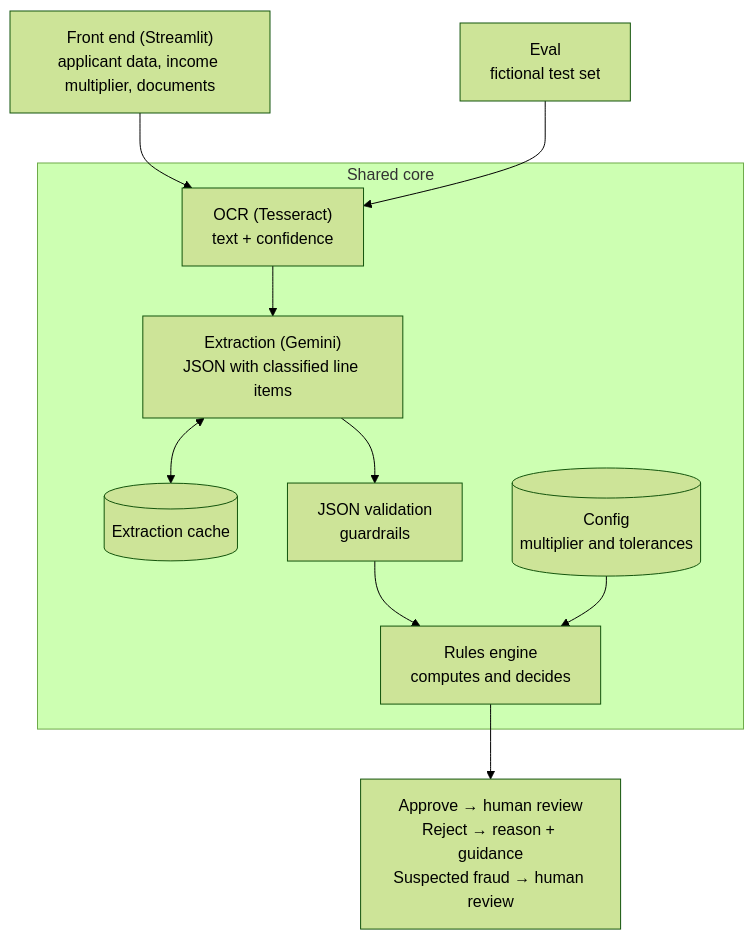
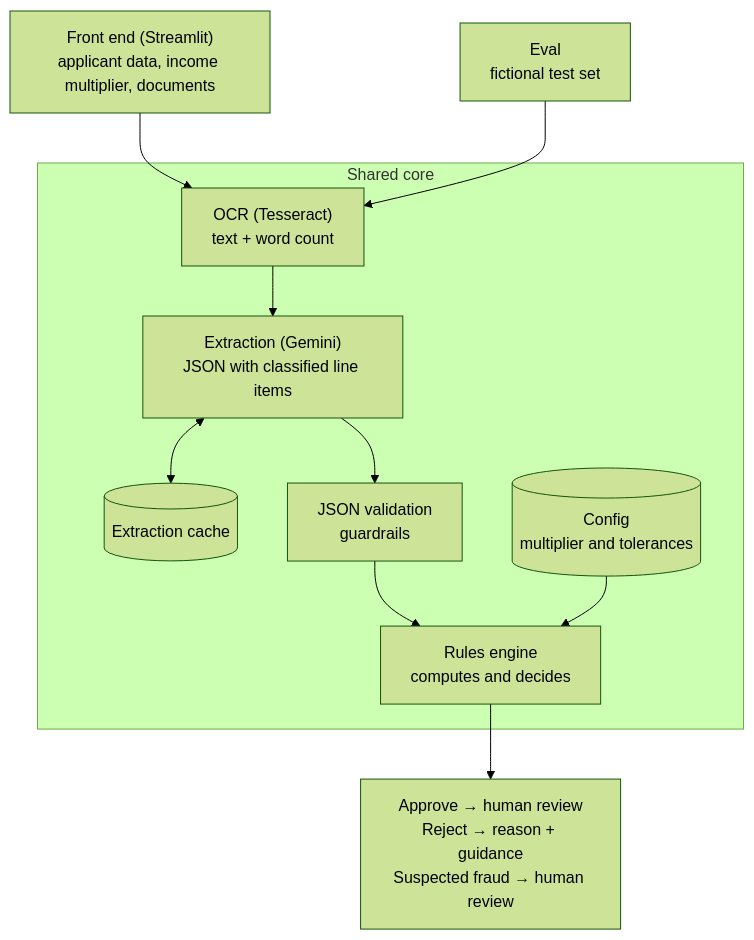
Before and after one commit to alcasuz/pre-filtro-ia-docs-renda: the diagram in README.md, drawn with Mermaid (forest theme). The commit also changed other lines of this file and 18 other files, not shown here.

````diff
--- a/README.md
+++ b/README.md
@@ -35,13 +35,13 @@
 ```mermaid
 flowchart TD
     F["Front end (Streamlit)<br/>applicant data, income multiplier, documents"] --> OCR
     E["Eval<br/>fictional test set"] --> OCR
     subgraph N["Shared core"]
-        OCR["OCR (Tesseract)<br/>text + confidence"] --> X["Extraction (Gemini)<br/>JSON with classified line items"]
+        OCR["OCR (Tesseract)<br/>text + word count"] --> X["Extraction (Gemini)<br/>JSON with classified line items"]
         X <--> C[("Extraction cache")]
         X --> V["JSON validation<br/>guardrails"]
         V --> M["Rules engine<br/>computes and decides"]
         CFG[("Config<br/>multiplier and tolerances")] --> M
     end
     M --> D["Approve → human review<br/>Reject → reason + guidance<br/>Suspected fraud → human review"]
 ```
````
